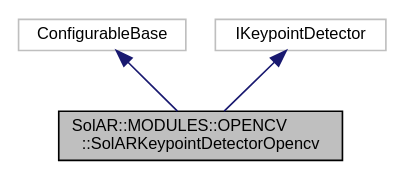
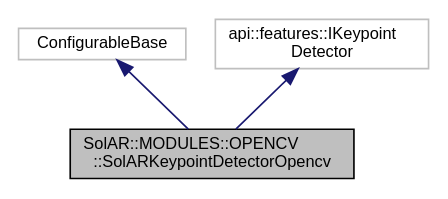
Before and after one commit to SolarFramework/solarframework.github.io: the diagram in api_module_documentation/class_sol_a_r_1_1_m_o_d_u_l_e_s_1_1_o_p_e_n_c_v_1_1_sol_a_r_keypoint_detector_opencv__coll__graph.dot, drawn with Graphviz. The commit also changed 412 other files, not shown here.

```diff
--- a/api_module_documentation/class_sol_a_r_1_1_m_o_d_u_l_e_s_1_1_o_p_e_n_c_v_1_1_sol_a_r_keypoint_detector_opencv__coll__graph.dot
+++ b/api_module_documentation/class_sol_a_r_1_1_m_o_d_u_l_e_s_1_1_o_p_e_n_c_v_1_1_sol_a_r_keypoint_detector_opencv__coll__graph.dot
@@ -1,10 +1,10 @@
 digraph "SolAR::MODULES::OPENCV::SolARKeypointDetectorOpencv"
 {
   edge [fontname="Helvetica",fontsize="10",labelfontname="Helvetica",labelfontsize="10"];
   node [fontname="Helvetica",fontsize="10",shape=record];
   Node3 [label="SolAR::MODULES::OPENCV\l::SolARKeypointDetectorOpencv",height=0.2,width=0.4,color="black", fillcolor="grey75", style="filled", fontcolor="black"];
   Node4 -> Node3 [dir="back",color="midnightblue",fontsize="10",style="solid",fontname="Helvetica"];
   Node4 [label="ConfigurableBase",height=0.2,width=0.4,color="grey75", fillcolor="white", style="filled"];
   Node5 -> Node3 [dir="back",color="midnightblue",fontsize="10",style="solid",fontname="Helvetica"];
-  Node5 [label="IKeypointDetector",height=0.2,width=0.4,color="grey75", fillcolor="white", style="filled"];
+  Node5 [label="api::features::IKeypoint\lDetector",height=0.2,width=0.4,color="grey75", fillcolor="white", style="filled"];
 }
```
